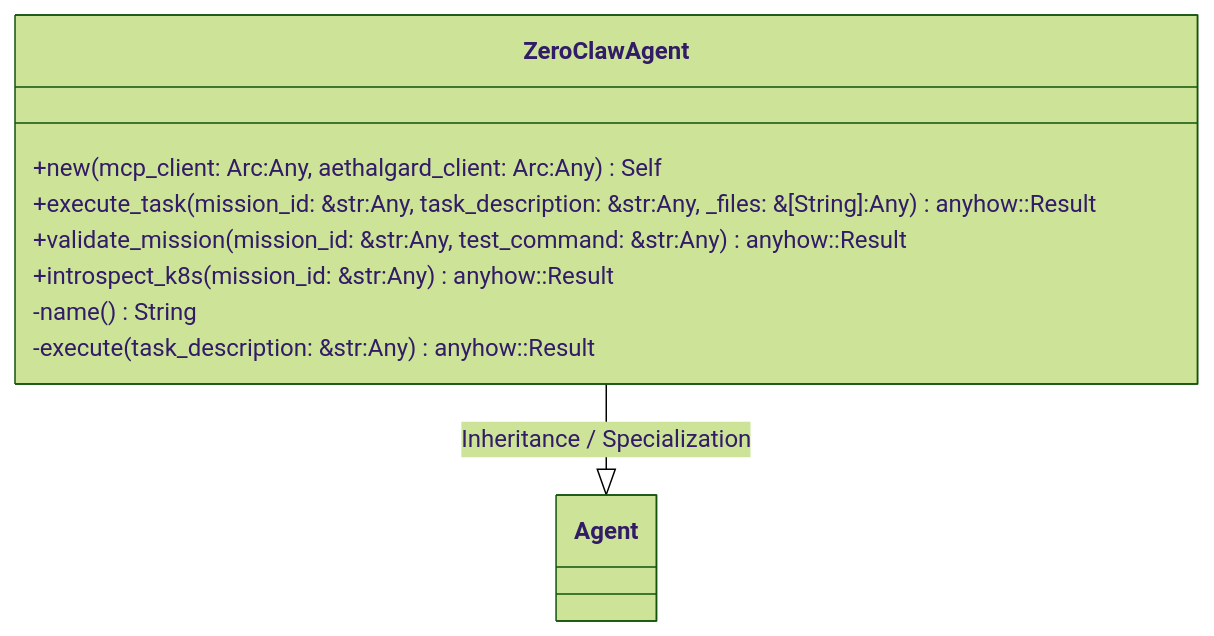
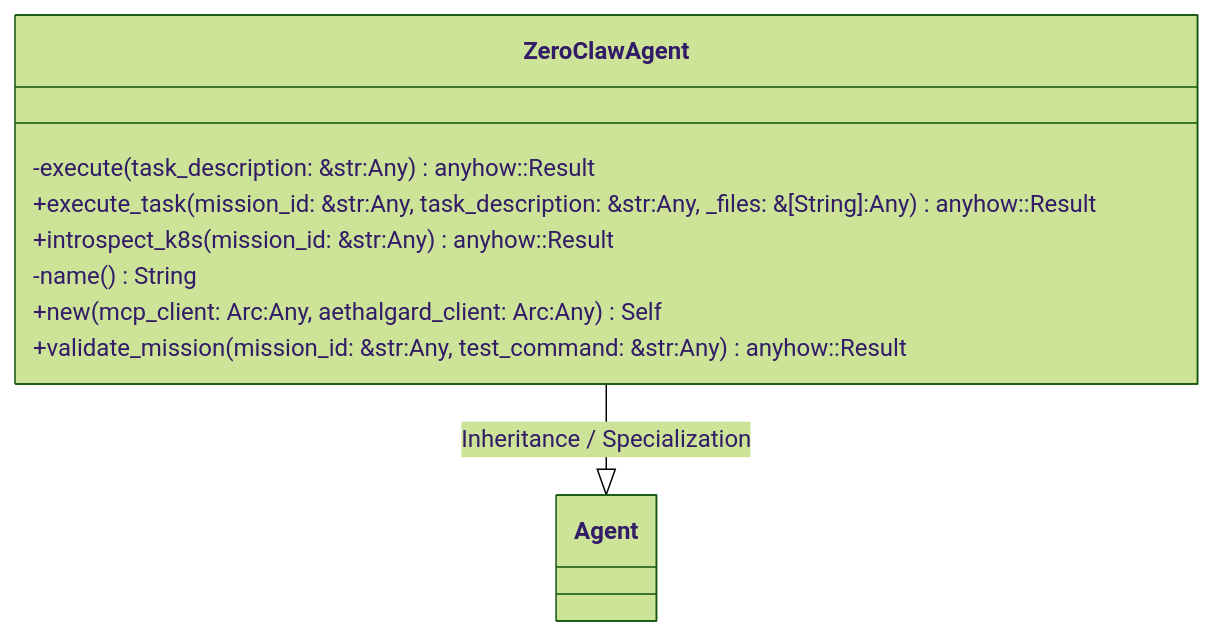
One commit to lgcorzo/rust_CACD_autonomous_factory changed the first of 2 diagrams in openwiki/crates_factory-application_src_agents_zeroclaw_rs.md. Above: the diagram before and after it, drawn with Mermaid (forest theme). The commit also changed other lines of this file and 76 other files, not shown here.

````diff
--- a/openwiki/crates_factory-application_src_agents_zeroclaw_rs.md
+++ b/openwiki/crates_factory-application_src_agents_zeroclaw_rs.md
@@ -171,14 +171,14 @@
 ```mermaid
 classDiagram
     direction BT
     class ZeroClawAgent {
-        +new(mcp_client: Arc<dyn McpClient>:Any, aethalgard_client: Arc<dyn AethalgardClient>:Any) Self
+        -execute(task_description: &str:Any) anyhow::Result<Value>
         +execute_task(mission_id: &str:Any, task_description: &str:Any, _files: &[String]:Any) anyhow::Result<Value>
-        +validate_mission(mission_id: &str:Any, test_command: &str:Any) anyhow::Result<Value>
         +introspect_k8s(mission_id: &str:Any) anyhow::Result<Value>
         -name() String
-        -execute(task_description: &str:Any) anyhow::Result<Value>
+        +new(mcp_client: Arc<dyn McpClient>:Any, aethalgard_client: Arc<dyn AethalgardClient>:Any) Self
+        +validate_mission(mission_id: &str:Any, test_command: &str:Any) anyhow::Result<Value>
     }
     Agent <|-- ZeroClawAgent : Inheritance / Specialization
 
 ```
````
